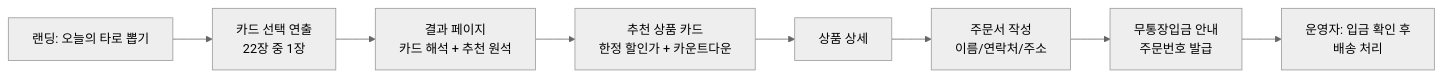
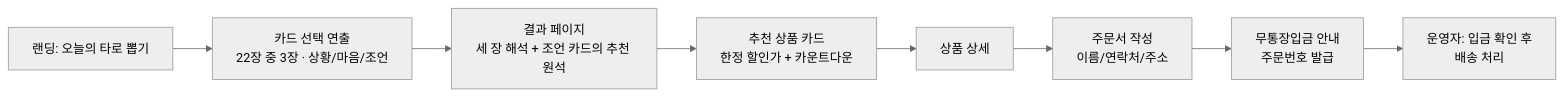
Before and after one commit to taro108/taro108.github.io: the diagram in PRD.md, drawn with Mermaid (neutral theme). The commit also changed other lines of this file and 10 other files, not shown here.

````diff
--- a/PRD.md
+++ b/PRD.md
@@ -41,10 +41,10 @@
 ```mermaid
 flowchart LR
-    A[랜딩: 오늘의 타로 뽑기] --> B[카드 선택 연출<br>22장 중 1장]
-    B --> C[결과 페이지<br>카드 해석 + 추천 원석]
+    A[랜딩: 오늘의 타로 뽑기] --> B[카드 선택 연출<br>22장 중 3장 · 상황/마음/조언]
+    B --> C[결과 페이지<br>세 장 해석 + 조언 카드의 추천 원석]
     C --> D[추천 상품 카드<br>한정 할인가 + 카운트다운]
     D --> E[상품 상세]
     E --> F[주문서 작성<br>이름/연락처/주소]
     F --> G[무통장입금 안내<br>주문번호 발급]
     G --> H[운영자: 입금 확인 후<br>배송 처리]
 ```
````
